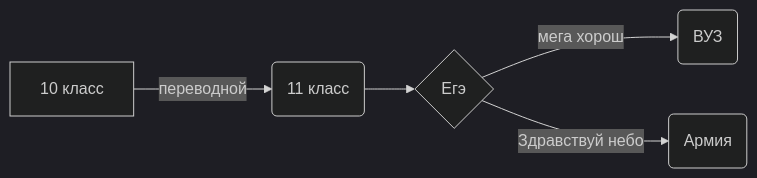
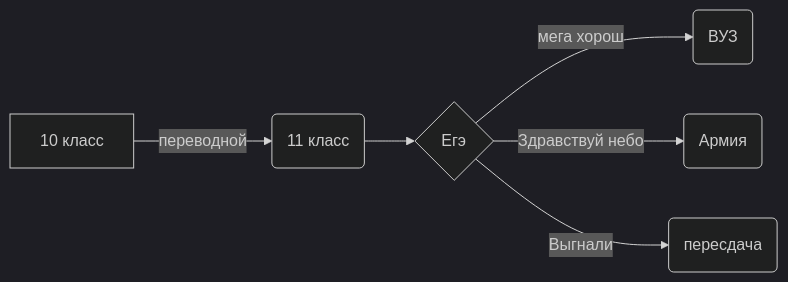
Before and after one commit to yeryerix/inf: the diagram in README.md, drawn with Mermaid (dark theme).

````diff
--- a/README.md
+++ b/README.md
@@ -23,9 +23,10 @@
 ```mermaid
 
 flowchart LR
 
 A[10 класс] -->|переводной| B(11 класс)
 B --> C{Егэ}
 C -->|мега хорош| D(ВУЗ)
 C -->|Здравствуй небо| E(Армия)
+C -->|Выгнали| F(пересдача)
 ```
````
